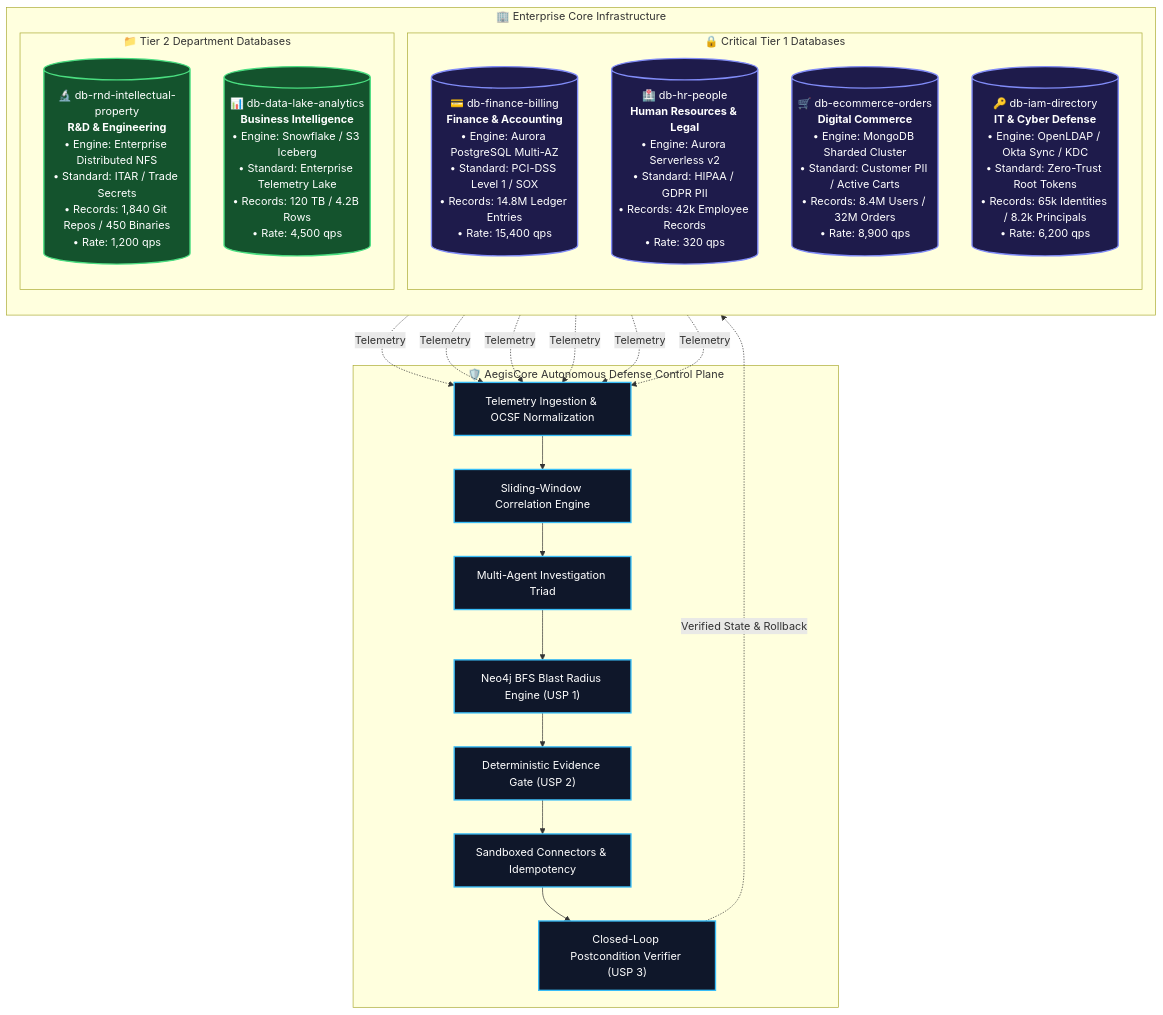
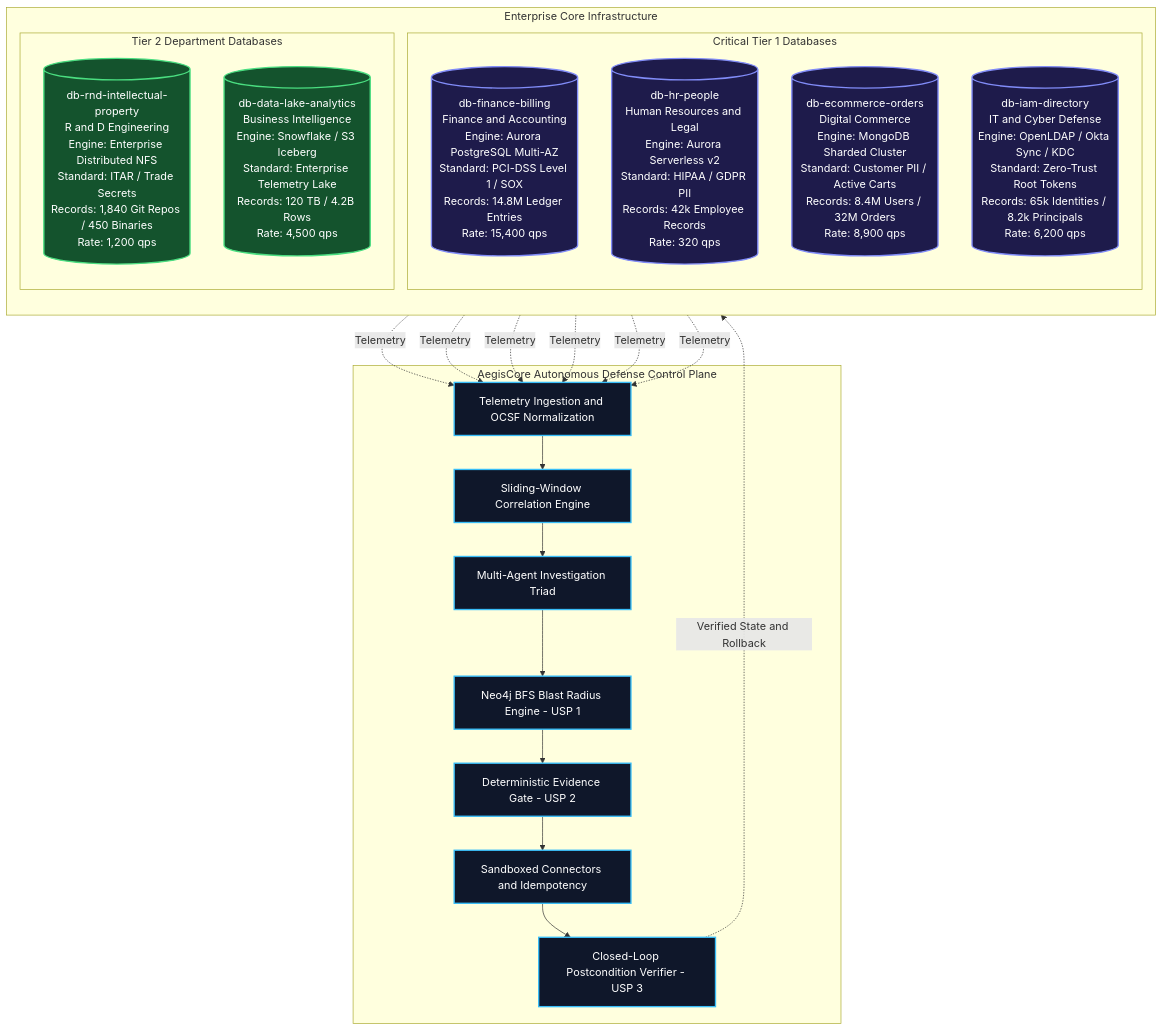
One commit to sonakshiv559-spec/Aegis__Core_AI changed the first of 4 diagrams in README.md. Above: the diagram before and after it, drawn with Mermaid. The commit also changed other lines of this file, not shown here.

Commit message:
fix(docs): resolve GitHub Mermaid sequenceDiagram parse syntax

````diff
--- a/README.md
+++ b/README.md
@@ -35,45 +35,45 @@
 ```mermaid
 flowchart TD
-    subgraph Enterprise["🏢 Enterprise Core Infrastructure"]
+    subgraph Enterprise["Enterprise Core Infrastructure"]
         direction TB
         
-        subgraph Tier1["🔒 Critical Tier 1 Databases"]
-            DB1[("💳 db-finance-billing<br/><b>Finance & Accounting</b><br/>• Engine: Aurora PostgreSQL Multi-AZ<br/>• Standard: PCI-DSS Level 1 / SOX<br/>• Records: 14.8M Ledger Entries<br/>• Rate: 15,400 qps")]
-            DB2[("🏥 db-hr-people<br/><b>Human Resources & Legal</b><br/>• Engine: Aurora Serverless v2<br/>• Standard: HIPAA / GDPR PII<br/>• Records: 42k Employee Records<br/>• Rate: 320 qps")]
-            DB3[("🛒 db-ecommerce-orders<br/><b>Digital Commerce</b><br/>• Engine: MongoDB Sharded Cluster<br/>• Standard: Customer PII / Active Carts<br/>• Records: 8.4M Users / 32M Orders<br/>• Rate: 8,900 qps")]
-            DB6[("🔑 db-iam-directory<br/><b>IT & Cyber Defense</b><br/>• Engine: OpenLDAP / Okta Sync / KDC<br/>• Standard: Zero-Trust Root Tokens<br/>• Records: 65k Identities / 8.2k Principals<br/>• Rate: 6,200 qps")]
+        subgraph Tier1["Critical Tier 1 Databases"]
+            DB1[("db-finance-billing<br/>Finance and Accounting<br/>Engine: Aurora PostgreSQL Multi-AZ<br/>Standard: PCI-DSS Level 1 / SOX<br/>Records: 14.8M Ledger Entries<br/>Rate: 15,400 qps")]
+            DB2[("db-hr-people<br/>Human Resources and Legal<br/>Engine: Aurora Serverless v2<br/>Standard: HIPAA / GDPR PII<br/>Records: 42k Employee Records<br/>Rate: 320 qps")]
+            DB3[("db-ecommerce-orders<br/>Digital Commerce<br/>Engine: MongoDB Sharded Cluster<br/>Standard: Customer PII / Active Carts<br/>Records: 8.4M Users / 32M Orders<br/>Rate: 8,900 qps")]
+            DB6[("db-iam-directory<br/>IT and Cyber Defense<br/>Engine: OpenLDAP / Okta Sync / KDC<br/>Standard: Zero-Trust Root Tokens<br/>Records: 65k Identities / 8.2k Principals<br/>Rate: 6,200 qps")]
         end
 
-        subgraph Tier2["📁 Tier 2 Department Databases"]
-            DB4[("🔬 db-rnd-intellectual-property<br/><b>R&D & Engineering</b><br/>• Engine: Enterprise Distributed NFS<br/>• Standard: ITAR / Trade Secrets<br/>• Records: 1,840 Git Repos / 450 Binaries<br/>• Rate: 1,200 qps")]
-            DB5[("📊 db-data-lake-analytics<br/><b>Business Intelligence</b><br/>• Engine: Snowflake / S3 Iceberg<br/>• Standard: Enterprise Telemetry Lake<br/>• Records: 120 TB / 4.2B Rows<br/>• Rate: 4,500 qps")]
+        subgraph Tier2["Tier 2 Department Databases"]
+            DB4[("db-rnd-intellectual-property<br/>R and D Engineering<br/>Engine: Enterprise Distributed NFS<br/>Standard: ITAR / Trade Secrets<br/>Records: 1,840 Git Repos / 450 Binaries<br/>Rate: 1,200 qps")]
+            DB5[("db-data-lake-analytics<br/>Business Intelligence<br/>Engine: Snowflake / S3 Iceberg<br/>Standard: Enterprise Telemetry Lake<br/>Records: 120 TB / 4.2B Rows<br/>Rate: 4,500 qps")]
         end
     end
 
-    subgraph ControlPlane["🛡️ AegisCore Autonomous Defense Control Plane"]
-        Ingest["Telemetry Ingestion & OCSF Normalization"]
+    subgraph ControlPlane["AegisCore Autonomous Defense Control Plane"]
+        Ingest["Telemetry Ingestion and OCSF Normalization"]
         Detect["Sliding-Window Correlation Engine"]
         Triad["Multi-Agent Investigation Triad"]
-        GraphBFS["Neo4j BFS Blast Radius Engine (USP 1)"]
-        PolicyGate["Deterministic Evidence Gate (USP 2)"]
-        Connectors["Sandboxed Connectors & Idempotency"]
-        ClosedLoop["Closed-Loop Postcondition Verifier (USP 3)"]
+        GraphBFS["Neo4j BFS Blast Radius Engine - USP 1"]
+        PolicyGate["Deterministic Evidence Gate - USP 2"]
+        Connectors["Sandboxed Connectors and Idempotency"]
+        ClosedLoop["Closed-Loop Postcondition Verifier - USP 3"]
     end
 
     DB1 -.->|Telemetry| Ingest
     DB2 -.->|Telemetry| Ingest
     DB3 -.->|Telemetry| Ingest
     DB4 -.->|Telemetry| Ingest
     DB5 -.->|Telemetry| Ingest
     DB6 -.->|Telemetry| Ingest
 
     Ingest --> Detect --> Triad --> GraphBFS --> PolicyGate --> Connectors --> ClosedLoop
-    ClosedLoop -.->|Verified State & Rollback| Enterprise
+    ClosedLoop -.->|Verified State and Rollback| Enterprise
 
     classDef t1 fill:#1e1b4b,stroke:#818cf8,color:#fff,stroke-width:2px;
     classDef t2 fill:#14532d,stroke:#4ade80,color:#fff,stroke-width:2px;
     classDef cp fill:#0f172a,stroke:#38bdf8,color:#fff,stroke-width:2px;
     class DB1,DB2,DB3,DB6 t1;
     class DB4,DB5 t2;
     class Ingest,Detect,Triad,GraphBFS,PolicyGate,Connectors,ClosedLoop cp;
 ```
````
